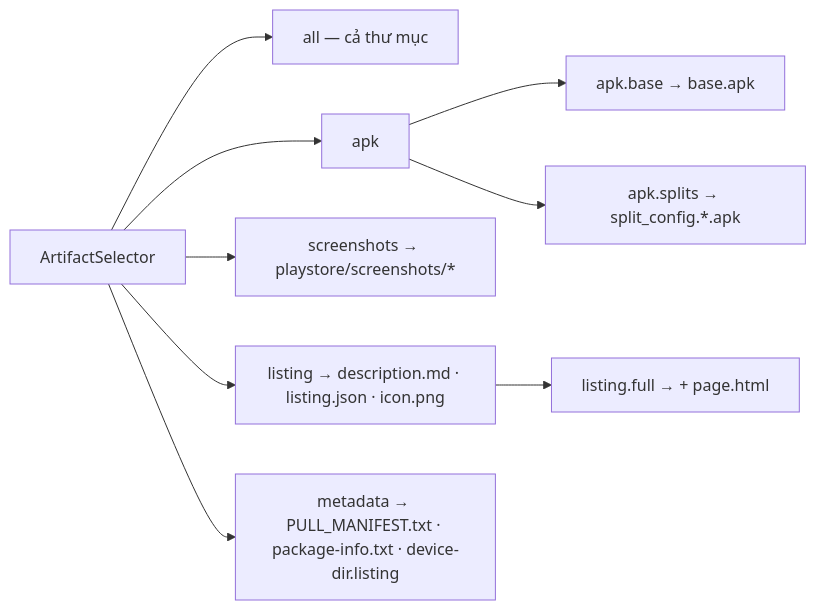
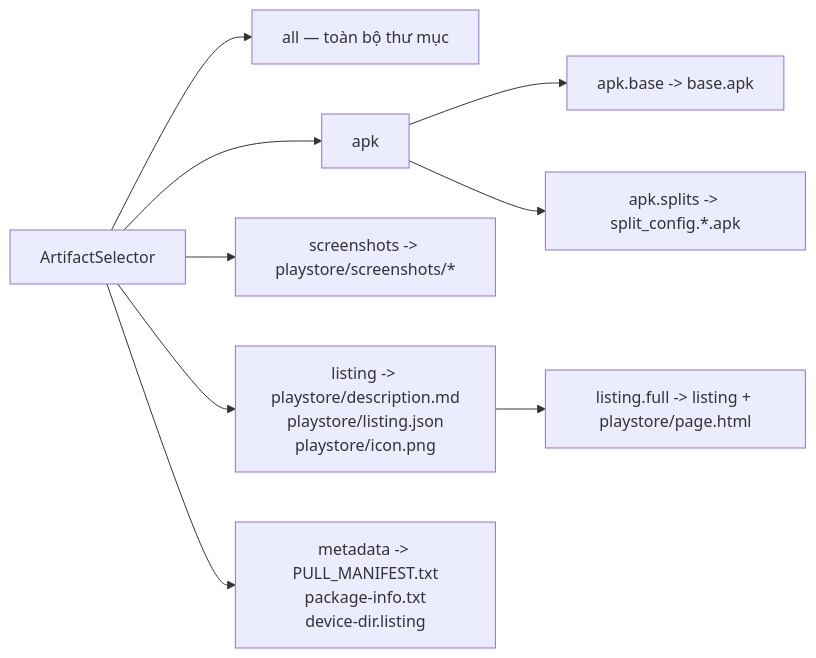
Before and after one commit to daclong120-del/app-relay: diagram 15 of 15 in docs/architecture.md, drawn with Mermaid. The commit also changed other lines of this file and 13 other files, not shown here.

Commit message:
feat: add architecture documentation and KVM enablement script

````diff
--- a/docs/architecture.md
+++ b/docs/architecture.md
@@ -211,10 +1440,11 @@
 ```mermaid
 flowchart LR
-    Sel["ArtifactSelector"] --> All["all — cả thư mục"]
-    Sel --> Apk["apk"] --> Base["apk.base → base.apk"]
-    Apk --> Split["apk.splits → split_config.*.apk"]
-    Sel --> Shot["screenshots → playstore/screenshots/*"]
-    Sel --> List["listing → description.md · listing.json · icon.png"]
-    List --> Full["listing.full → + page.html"]
-    Sel --> Meta["metadata → PULL_MANIFEST.txt · package-info.txt · device-dir.listing"]
+    Sel["ArtifactSelector"] --> All["all — toàn bộ thư mục"]
+    Sel --> Apk["apk"]
+    Apk --> Base["apk.base -> base.apk"]
+    Apk --> Split["apk.splits -> split_config.*.apk"]
+    Sel --> Shot["screenshots -> playstore/screenshots/*"]
+    Sel --> List["listing -> playstore/description.md<br/>playstore/listing.json<br/>playstore/icon.png"]
+    List --> Full["listing.full -> listing + playstore/page.html"]
+    Sel --> Meta["metadata -> PULL_MANIFEST.txt<br/>package-info.txt<br/>device-dir.listing"]
 ```
````
